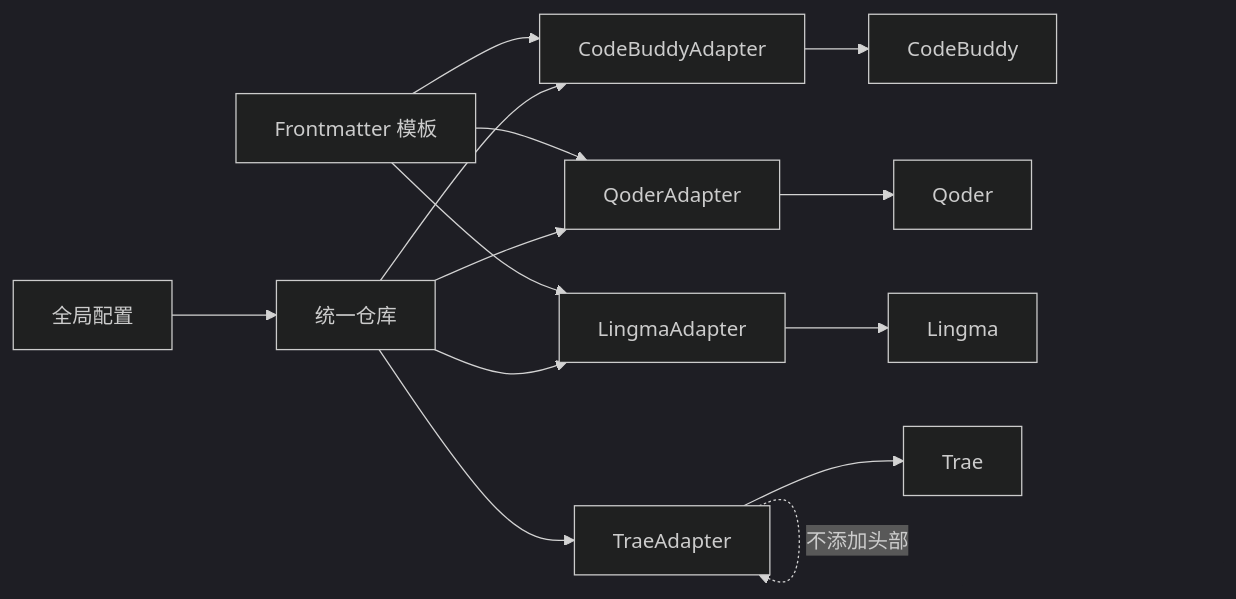
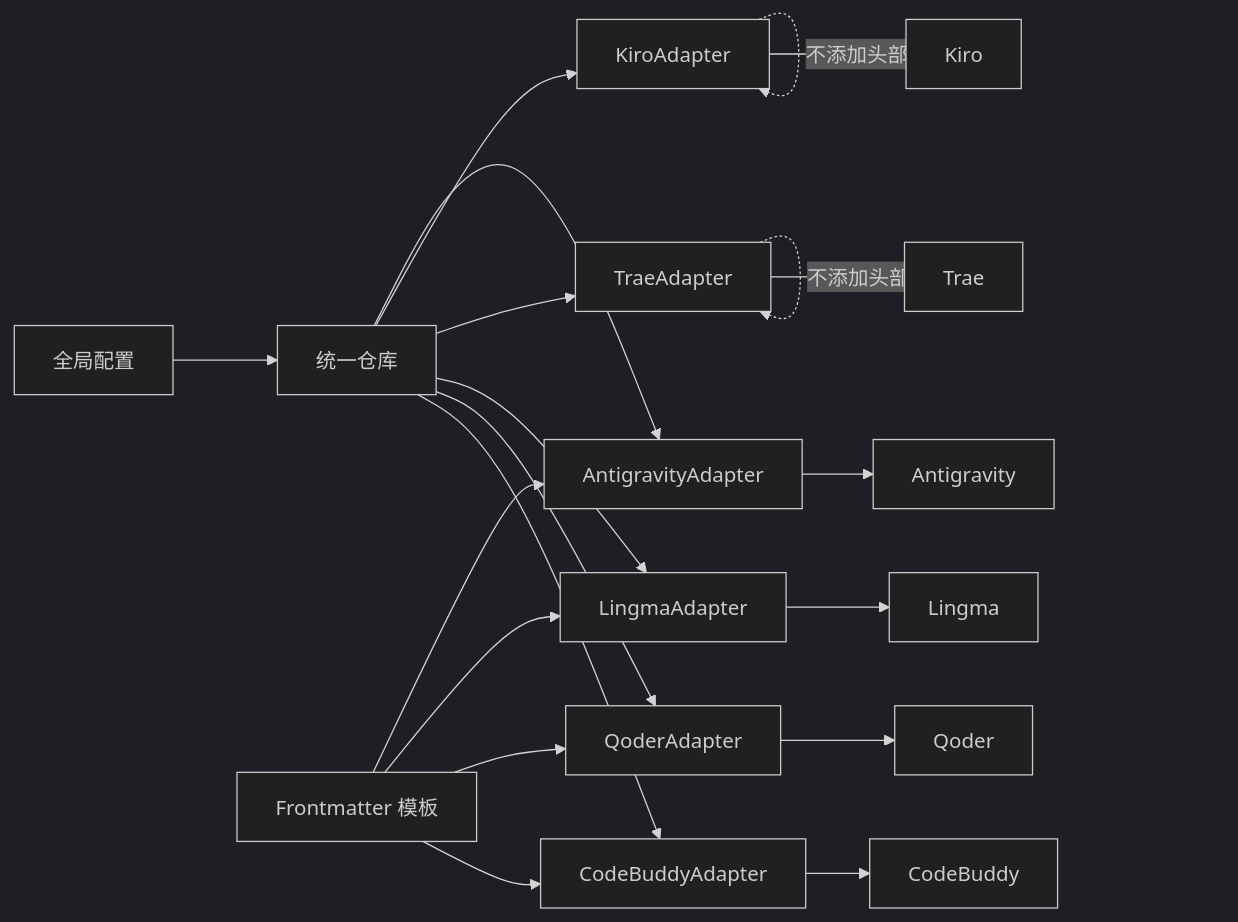
Before and after one commit to MapleWan/MSR: the sixth of 6 diagrams in .qoder/repowiki/zh/content/核心概念/AI IDE配置类型.md, drawn with Mermaid (dark theme). The commit also changed other lines of this file and 3 other files, not shown here.

````diff
--- a/.qoder/repowiki/zh/content/核心概念/AI IDE配置类型.md
+++ b/.qoder/repowiki/zh/content/核心概念/AI IDE配置类型.md
@@ -232,16 +268,22 @@
 ```mermaid
 graph LR
 Config["全局配置"] --> Repo["统一仓库"]
 Repo --> CB["CodeBuddyAdapter"]
 Repo --> QD["QoderAdapter"]
 Repo --> LM["LingmaAdapter"]
 Repo --> TR["TraeAdapter"]
+Repo --> KI["KiroAdapter"]
+Repo --> AG["AntigravityAdapter"]
 FM["Frontmatter 模板"] --> CB
 FM --> QD
 FM --> LM
+FM --> AG
 TR -.->|"不添加头部"| TR
+KI -.->|"不添加头部"| KI
 CB --> IDE_CB["CodeBuddy"]
 QD --> IDE_QD["Qoder"]
 LM --> IDE_LM["Lingma"]
 TR --> IDE_TR["Trae"]
+KI --> IDE_KI["Kiro"]
+AG --> IDE_AG["Antigravity"]
 ```
````
